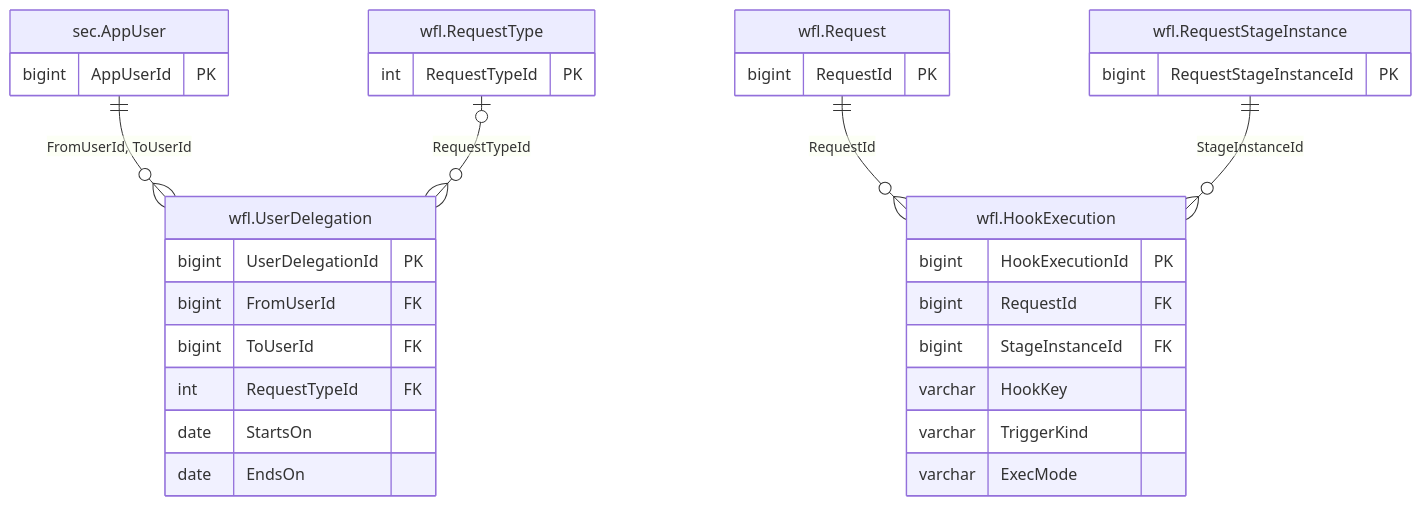
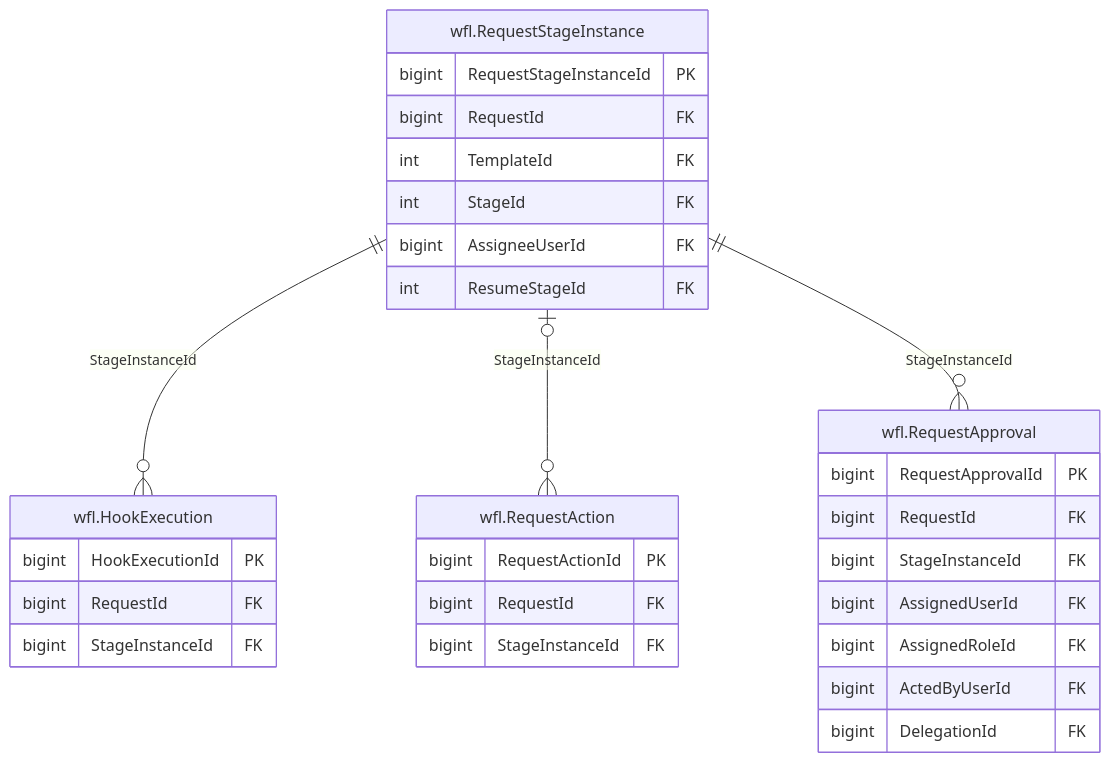
One commit to thawrasy/smartlines changed the diagram in treasury-platform/docs/diagrams/erd/m6_requests_2.mmd. Above: the diagram before and after it, drawn with Mermaid. The commit also changed 230 other files, not shown here.

First line of the commit message:
Rework the ERD Word document after design-review findings

```diff
--- a/treasury-platform/docs/diagrams/erd/m6_requests_2.mmd
+++ b/treasury-platform/docs/diagrams/erd/m6_requests_2.mmd
@@ -1,34 +1,32 @@
-%% م6 · الطلبات وإجراءاتها (2/2) — Requests, approvals & actions
+%% م6 · الطلبات وإجراءاتها (2/3) — Requests, approvals & actions
 erDiagram
+  wfl_RequestStageInstance["wfl.RequestStageInstance"] {
+    bigint RequestStageInstanceId PK
+    bigint RequestId FK
+    int TemplateId FK
+    int StageId FK
+    bigint AssigneeUserId FK
+    int ResumeStageId FK
+  }
+  wfl_RequestApproval["wfl.RequestApproval"] {
+    bigint RequestApprovalId PK
+    bigint RequestId FK
+    bigint StageInstanceId FK
+    bigint AssignedUserId FK
+    bigint AssignedRoleId FK
+    bigint ActedByUserId FK
+    bigint DelegationId FK
+  }
+  wfl_RequestAction["wfl.RequestAction"] {
+    bigint RequestActionId PK
+    bigint RequestId FK
+    bigint StageInstanceId FK
+  }
   wfl_HookExecution["wfl.HookExecution"] {
     bigint HookExecutionId PK
     bigint RequestId FK
     bigint StageInstanceId FK
-    varchar HookKey
-    varchar TriggerKind
-    varchar ExecMode
   }
-  wfl_UserDelegation["wfl.UserDelegation"] {
-    bigint UserDelegationId PK
-    bigint FromUserId FK
-    bigint ToUserId FK
-    int RequestTypeId FK
-    date StartsOn
-    date EndsOn
-  }
-  sec_AppUser["sec.AppUser"] {
-    bigint AppUserId PK
-  }
-  wfl_Request["wfl.Request"] {
-    bigint RequestId PK
-  }
-  wfl_RequestStageInstance["wfl.RequestStageInstance"] {
-    bigint RequestStageInstanceId PK
-  }
-  wfl_RequestType["wfl.RequestType"] {
-    int RequestTypeId PK
-  }
-  sec_AppUser ||--o{ wfl_UserDelegation : "FromUserId, ToUserId"
-  wfl_Request ||--o{ wfl_HookExecution : "RequestId"
   wfl_RequestStageInstance ||--o{ wfl_HookExecution : "StageInstanceId"
-  wfl_RequestType |o--o{ wfl_UserDelegation : "RequestTypeId"
+  wfl_RequestStageInstance |o--o{ wfl_RequestAction : "StageInstanceId"
+  wfl_RequestStageInstance ||--o{ wfl_RequestApproval : "StageInstanceId"
```
